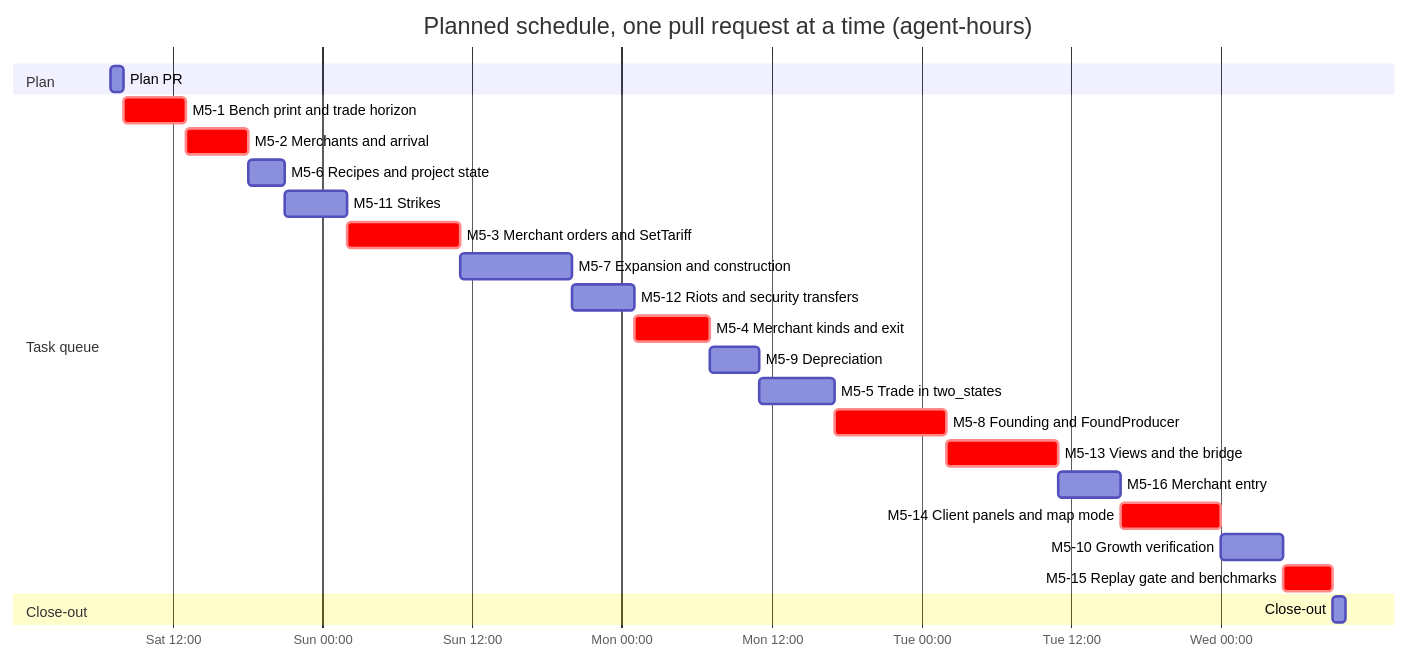
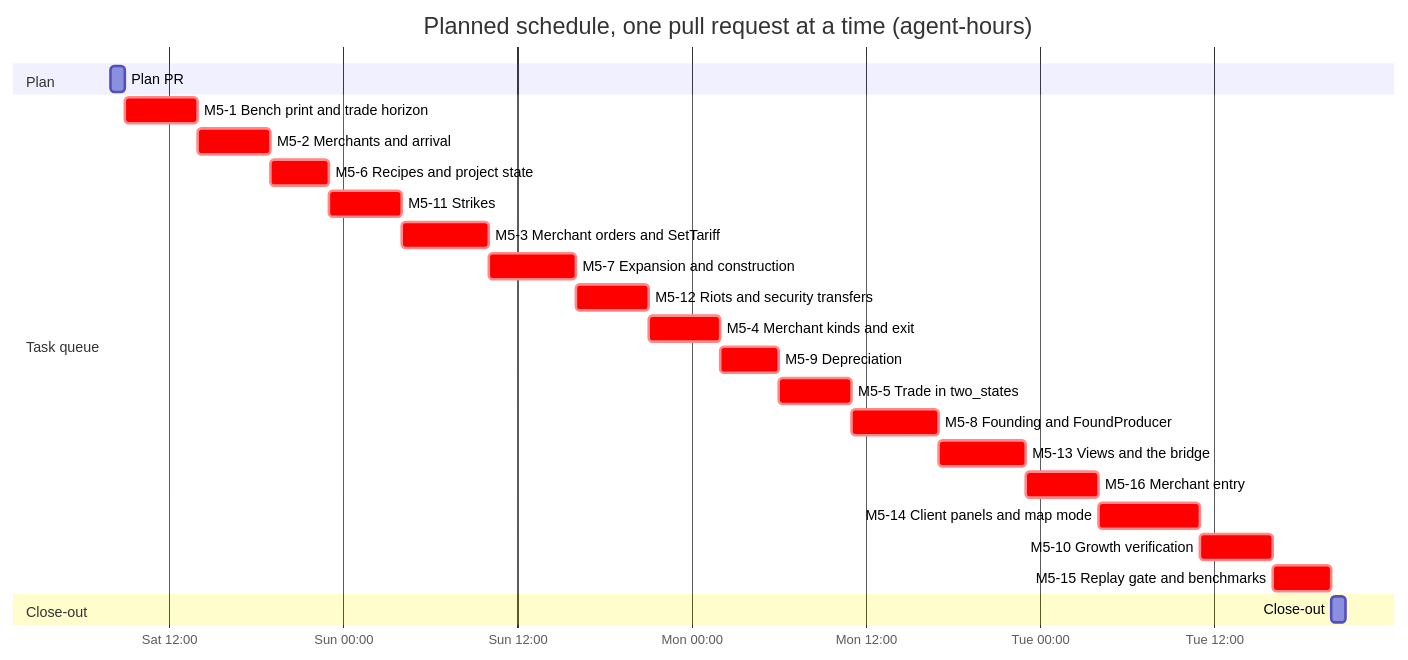
The first of 2 diagrams in docs/workbooks/m5/05-baseline-project-plan.md (thomasclarkpersonal-sketch/Iron-and-Blood), drawn with Mermaid before and after one commit. The commit also changed other lines of this file and 6 other files, not shown here.

````diff
--- a/docs/workbooks/m5/05-baseline-project-plan.md
+++ b/docs/workbooks/m5/05-baseline-project-plan.md
@@ -301,27 +348,27 @@
 ```mermaid
 gantt
     title Planned schedule, one pull request at a time (agent-hours)
     dateFormat YYYY-MM-DD HH:mm
     axisFormat %a %H:%M
     section Plan
-    Plan PR :plan, 2026-10-10 07:00, 1h
+    Plan PR :plan, 2026-10-10 08:00, 1h
     section Task queue
     M5-1 Bench print and trade horizon :crit, m5_1, after plan, 5h
     M5-2 Merchants and arrival :crit, m5_2, after m5_1, 5h
-    M5-6 Recipes and project state :m5_6, after m5_1 m5_2, 3h
-    M5-11 Strikes :m5_11, after m5_1 m5_6, 5h
-    M5-3 Merchant orders and SetTariff :crit, m5_3, after m5_2 m5_11, 9h
-    M5-7 Expansion and construction :m5_7, after m5_1 m5_6 m5_11 m5_3, 9h
-    M5-12 Riots and security transfers :m5_12, after m5_1 m5_11 m5_7, 5h
-    M5-4 Merchant kinds and exit :crit, m5_4, after m5_3 m5_12, 6h
-    M5-9 Depreciation :m5_9, after m5_7 m5_4, 4h
-    M5-5 Trade in two_states :m5_5, after m5_4 m5_9, 6h
-    M5-8 Founding and FoundProducer :crit, m5_8, after m5_4 m5_7 m5_5, 9h
-    M5-13 Views and the bridge :crit, m5_13, after m5_5 m5_8, 9h
-    M5-16 Merchant entry :m5_16, after m5_4 m5_8 m5_13, 5h
-    M5-14 Client panels and map mode :crit, m5_14, after m5_13 m5_16, 8h
-    M5-10 Growth verification :m5_10, after m5_5 m5_7 m5_8 m5_9 m5_12 m5_16 m5_14, 5h
+    M5-6 Recipes and project state :crit, m5_6, after m5_1 m5_2, 4h
+    M5-11 Strikes :crit, m5_11, after m5_1 m5_6, 5h
+    M5-3 Merchant orders and SetTariff :crit, m5_3, after m5_2 m5_11, 6h
+    M5-7 Expansion and construction :crit, m5_7, after m5_1 m5_6 m5_11 m5_3, 6h
+    M5-12 Riots and security transfers :crit, m5_12, after m5_1 m5_11 m5_7, 5h
+    M5-4 Merchant kinds and exit :crit, m5_4, after m5_3 m5_12, 5h
+    M5-9 Depreciation :crit, m5_9, after m5_7 m5_4, 4h
+    M5-5 Trade in two_states :crit, m5_5, after m5_4 m5_9, 5h
+    M5-8 Founding and FoundProducer :crit, m5_8, after m5_4 m5_7 m5_5, 6h
+    M5-13 Views and the bridge :crit, m5_13, after m5_5 m5_8, 6h
+    M5-16 Merchant entry :crit, m5_16, after m5_4 m5_8 m5_13, 5h
+    M5-14 Client panels and map mode :crit, m5_14, after m5_13 m5_16, 7h
+    M5-10 Growth verification :crit, m5_10, after m5_5 m5_7 m5_8 m5_9 m5_12 m5_16 m5_14, 5h
     M5-15 Replay gate and benchmarks :crit, m5_15, after m5_1 m5_2 m5_3 m5_4 m5_5 m5_6 m5_7 m5_8 m5_9 m5_10 m5_11 m5_12 m5_13 m5_14 m5_16, 4h
     section Close-out
     Close-out :close, after m5_15, 1h
 ```
````
